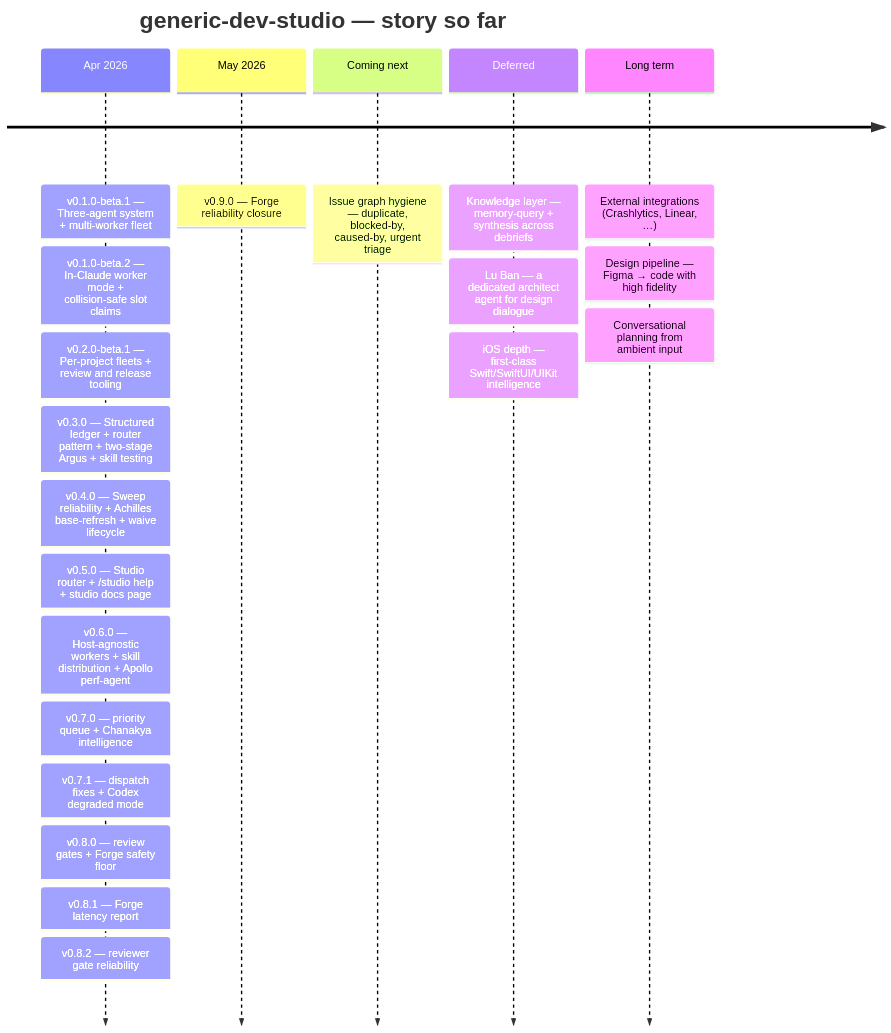
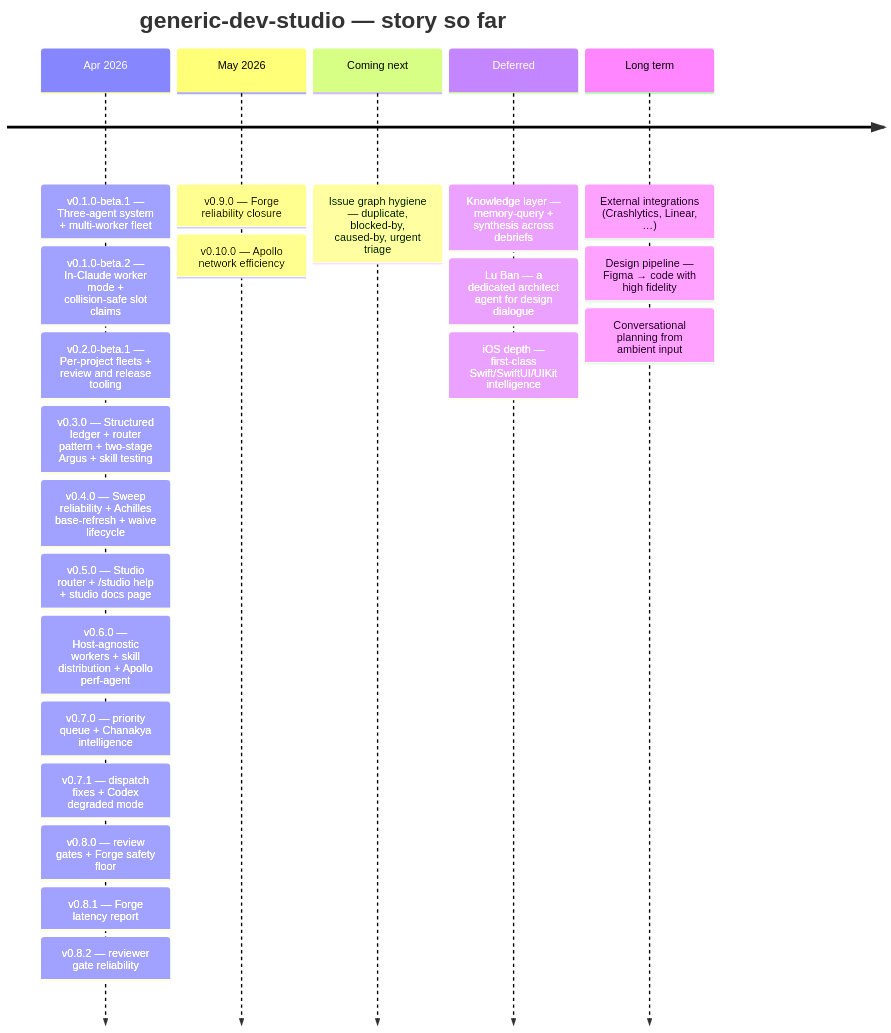
The diagram in README.md (v-i-s-h-a-l/generic-dev-studio), drawn with Mermaid before and after one commit. The commit also changed other lines of this file and 2 other files, not shown here.

Commit message:
README: v0.10.0 timeline + Story so far update

````diff
--- a/README.md
+++ b/README.md
@@ -13,24 +13,25 @@
 ```mermaid
 timeline
     title generic-dev-studio — story so far
     Apr 2026 : v0.1.0-beta.1 — Three-agent system + multi-worker fleet
              : v0.1.0-beta.2 — In-Claude worker mode + collision-safe slot claims
              : v0.2.0-beta.1 — Per-project fleets + review and release tooling
              : v0.3.0 — Structured ledger + router pattern + two-stage Argus + skill testing
              : v0.4.0 — Sweep reliability + Achilles base-refresh + waive lifecycle
              : v0.5.0 — Studio router + /studio help + studio docs page
              : v0.6.0 — Host-agnostic workers + skill distribution + Apollo perf-agent
              : v0.7.0 — priority queue + Chanakya intelligence
              : v0.7.1 — dispatch fixes + Codex degraded mode
              : v0.8.0 — review gates + Forge safety floor
              : v0.8.1 — Forge latency report
              : v0.8.2 — reviewer gate reliability
     May 2026 : v0.9.0 — Forge reliability closure
+             : v0.10.0 — Apollo network efficiency
     Coming next : Issue graph hygiene — duplicate, blocked-by, caused-by, urgent triage
     Deferred : Knowledge layer — memory-query + synthesis across debriefs
              : Lu Ban — a dedicated architect agent for design dialogue
              : iOS depth — first-class Swift/SwiftUI/UIKit intelligence
     Long term : External integrations (Crashlytics, Linear, …)
               : Design pipeline — Figma → code with high fidelity
               : Conversational planning from ambient input
 ```
````
